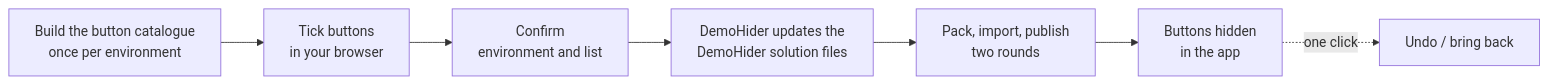
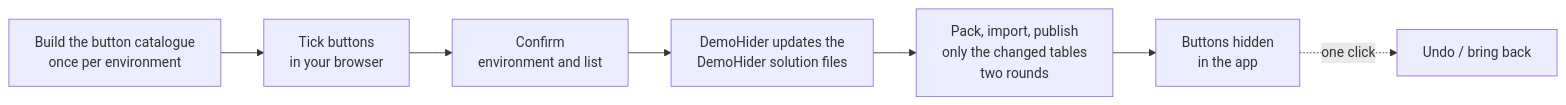
Before and after one commit to Carol-Purity/BulkHideButtonsAI: the diagram in README.md, drawn with Mermaid. The commit also changed other lines of this file and 8 other files, not shown here.

First line of the commit message:
Send only the changed tables

````diff
--- a/README.md
+++ b/README.md
@@ -25,9 +25,9 @@
 ```mermaid
 flowchart LR
     A[Build the button catalogue<br/>once per environment] --> B[Tick buttons<br/>in your browser]
     B --> C[Confirm<br/>environment and list]
     C --> D[DemoHider updates the<br/>DemoHider solution files]
-    D --> E[Pack, import, publish<br/>two rounds]
+    D --> E[Pack, import, publish<br/>only the changed tables<br/>two rounds]
     E --> F[Buttons hidden<br/>in the app]
     F -. one click .-> G[Undo / bring back]
 ```
````
